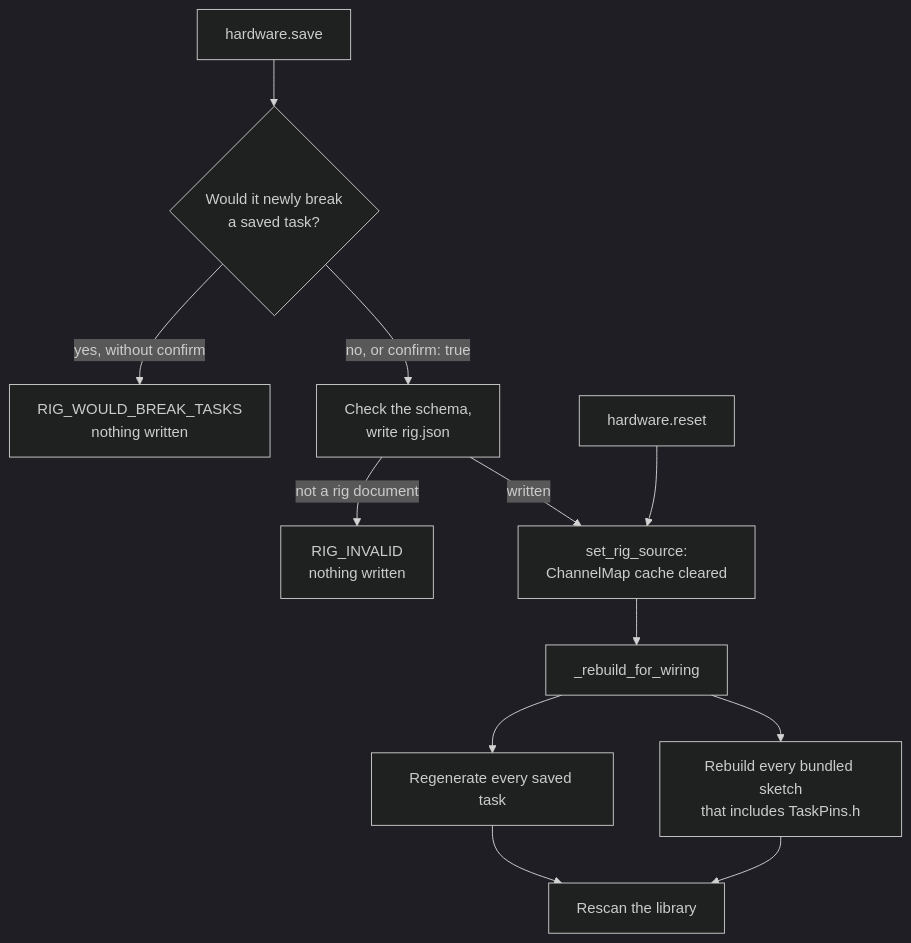
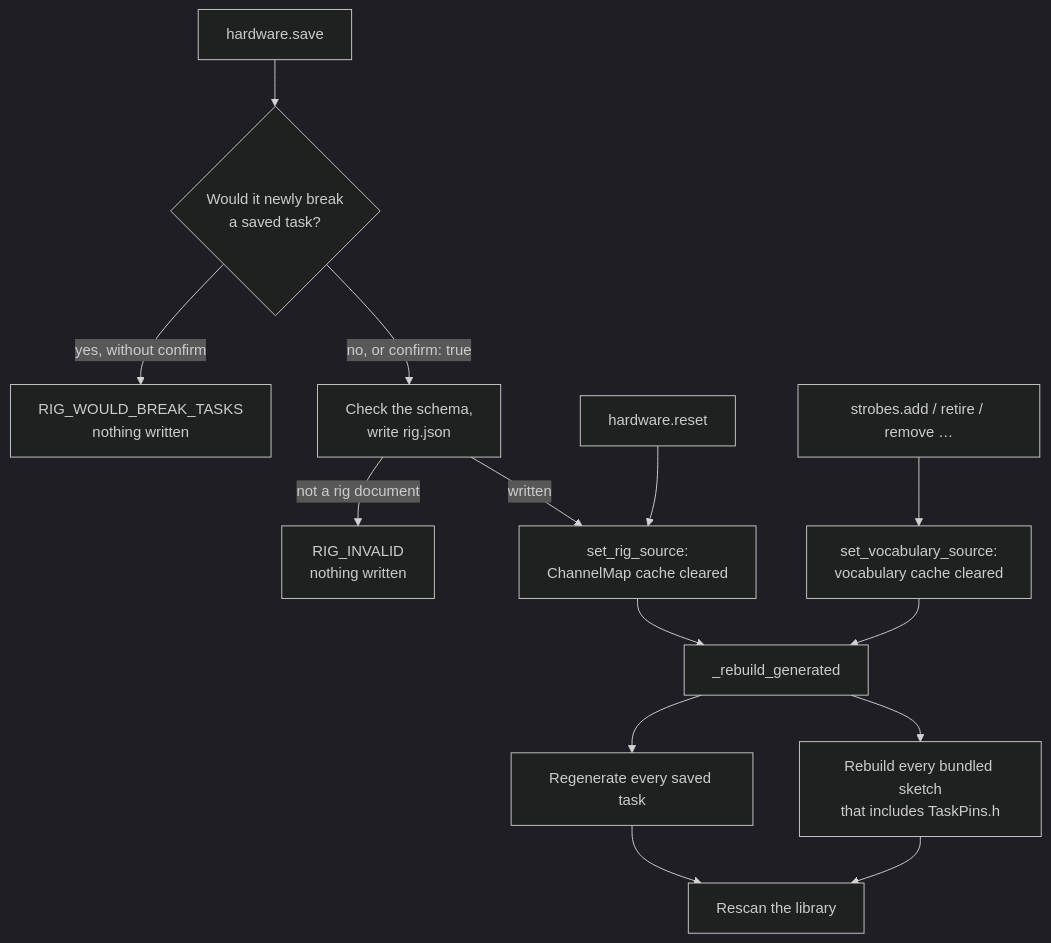
Before and after one commit to Chase-NJ/Ephymeris: the second of 5 diagrams in docs/TASKS.md, drawn with Mermaid (dark theme). The commit also changed other lines of this file and 63 other files, not shown here.

````diff
--- a/docs/TASKS.md
+++ b/docs/TASKS.md
@@ -452,14 +458,16 @@
 ```mermaid
 flowchart TD
     save["hardware.save"] --> impact{"Would it newly break<br/>a saved task?"}
     impact -->|"yes, without confirm"| refuse["RIG_WOULD_BREAK_TASKS<br/>nothing written"]
     impact -->|"no, or confirm: true"| write["Check the schema,<br/>write rig.json"]
     write -->|"not a rig document"| invalid["RIG_INVALID<br/>nothing written"]
     reset["hardware.reset"] --> install
     write -->|"written"| install["set_rig_source:<br/>ChannelMap cache cleared"]
-    install --> rebuild["_rebuild_for_wiring"]
+    install --> rebuild["_rebuild_generated"]
+    vocab["strobes.add / retire / remove …"] --> vinstall["set_vocabulary_source:<br/>vocabulary cache cleared"]
+    vinstall --> rebuild
     rebuild --> tasks["Regenerate every saved task"]
     rebuild --> bundled["Rebuild every bundled sketch<br/>that includes TaskPins.h"]
     tasks --> rescan["Rescan the library"]
     bundled --> rescan
 ```
````
